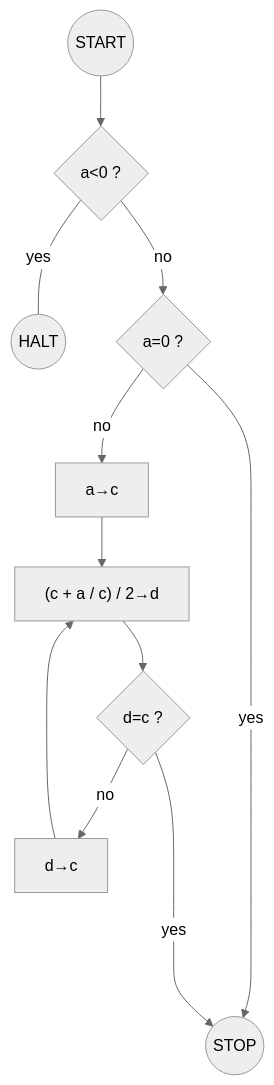
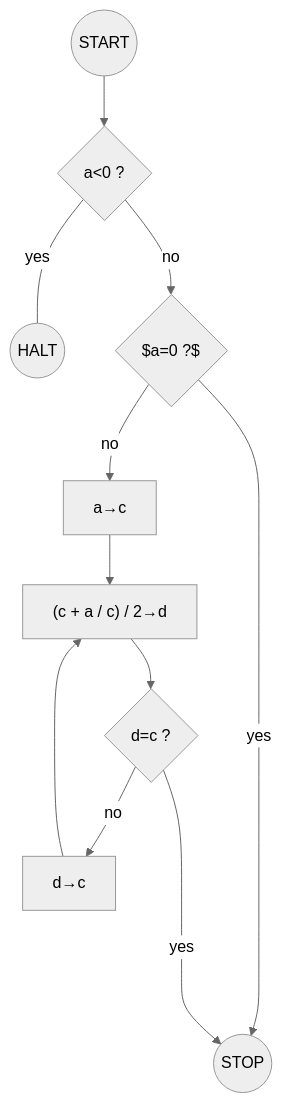
One commit to Ryuji-Hazama/LegacyVsModern changed the diagram in sqrt/README.md. Above: the diagram before and after it, drawn with Mermaid (neutral theme). The commit also changed other lines of this file, not shown here.

````diff
--- a/sqrt/README.md
+++ b/sqrt/README.md
@@ -75,14 +78,14 @@
 ```mermaid
 graph TD;
 
 S(("START"))-->A{"a<0 ?"};
 A--"yes"---H(("HALT"));
-A--"no"-->B{"a=0 ?"};
+A--"no"-->B{"$a=0 ?$"};
 B--"yes"-->ST(("STOP"));
 B--"no"-->C["a&rightarrow;c"];
 C-->D["(c + a / c) / 2&rightarrow;d"];
 D-->E{"d=c ?"};
 F["d&rightarrow;c"]-->D;
 E--"no"-->F;
 E--"yes"---->ST;
 ```
````
